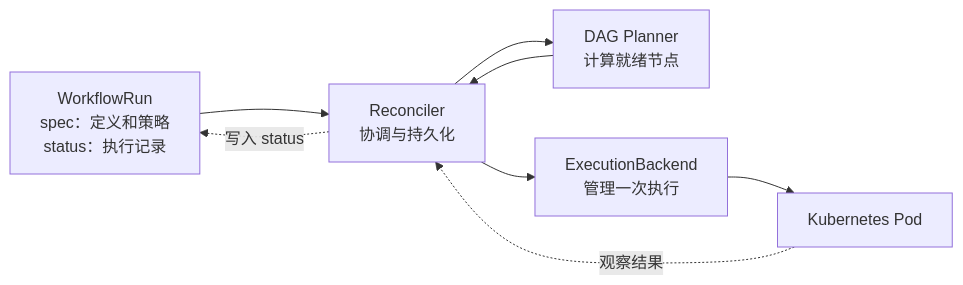
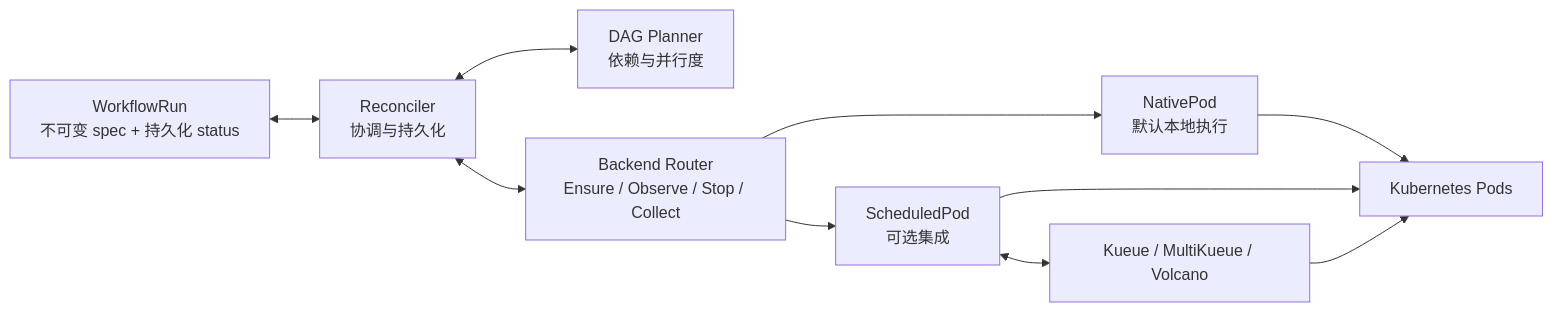
Before and after one commit to wsq2333/milos: the diagram in README.zh-CN.md, drawn with Mermaid. The commit also changed other lines of this file and 1 other file, not shown here.

Commit message:
docs: streamline READMEs around implemented architecture and roadmap

````diff
--- a/README.zh-CN.md
+++ b/README.zh-CN.md
@@ -67,16 +15,12 @@
 ```mermaid
 flowchart LR
-    W["WorkflowRun<br/>spec：定义和策略<br/>status：执行记录"]
-    R["Reconciler<br/>协调与持久化"]
-    P["DAG Planner<br/>计算就绪节点"]
-    B["ExecutionBackend<br/>管理一次执行"]
-    K["Kubernetes Pod"]
-
-    W --> R
-    R --> P
-    P --> R
-    R --> B
-    B --> K
-    K -.观察结果.-> R
-    R -.写入 status.-> W
+    W["WorkflowRun<br/>不可变 spec + 持久化 status"] <--> R["Reconciler<br/>协调与持久化"]
+    R <--> P["DAG Planner<br/>依赖与并行度"]
+    R <--> B["Backend Router<br/>Ensure / Observe / Stop / Collect"]
+    B --> N["NativePod<br/>默认本地执行"]
+    B --> S["ScheduledPod<br/>可选集成"]
+    N --> K["Kubernetes Pods"]
+    S <--> Q["Kueue / MultiKueue / Volcano"]
+    S --> K
+    Q --> K
 ```
````
